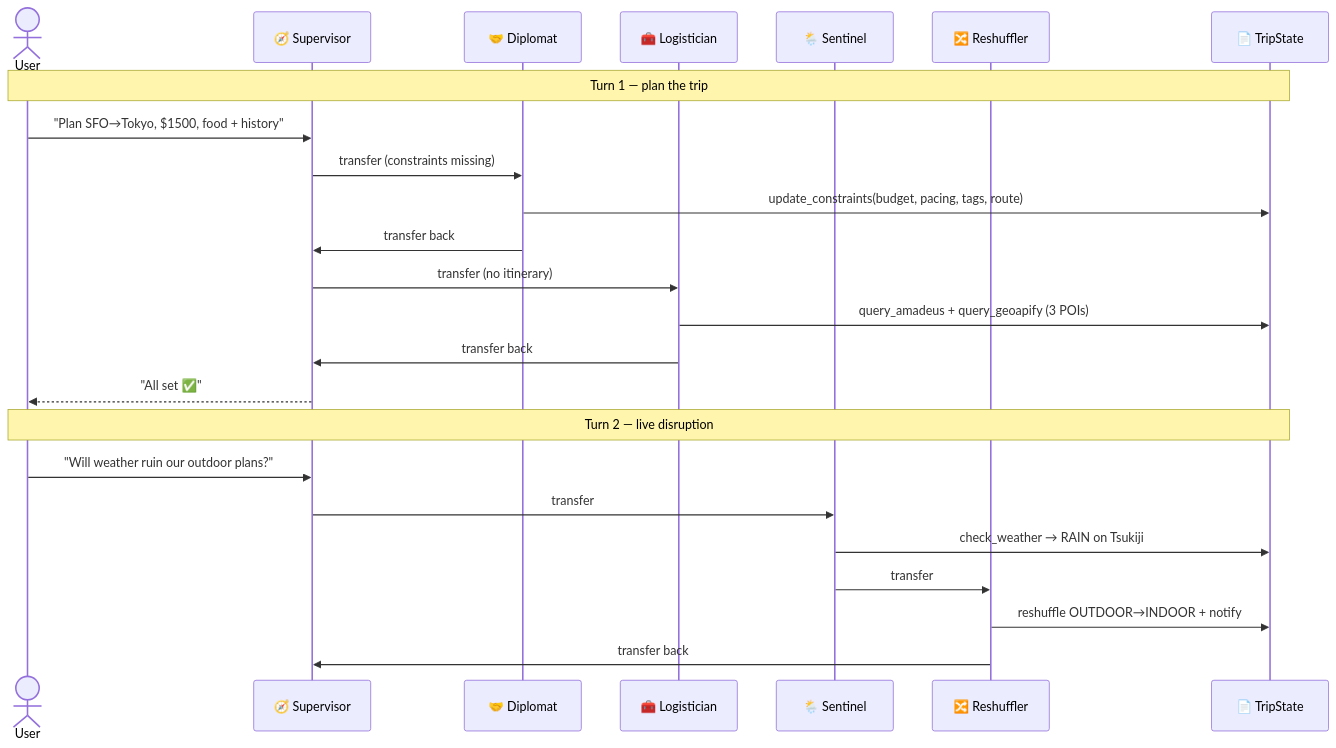
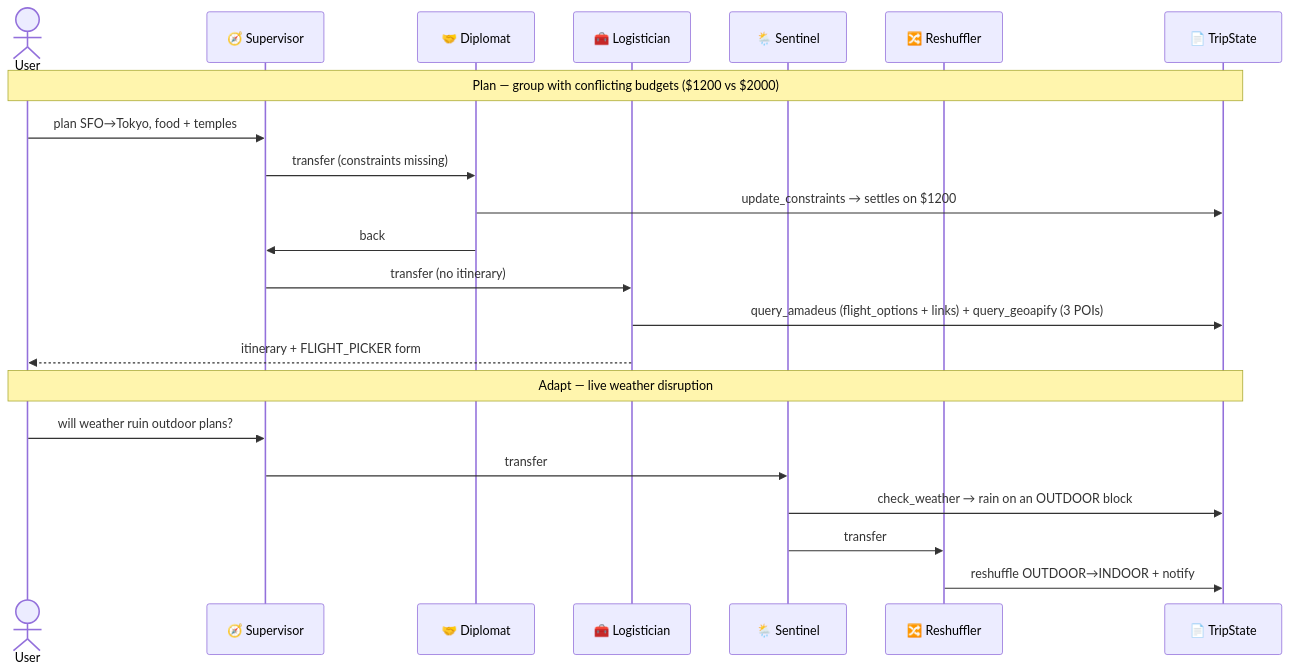
The second of 3 diagrams in STATUS.md (zhastdoit/MyTravelCompanion), drawn with Mermaid before and after one commit. The commit also changed other lines of this file and 2 other files, not shown here.

First line of the commit message:
Refresh docs to current state (SyncTrip backend, forms, chat, cost cap)

````diff
--- a/STATUS.md
+++ b/STATUS.md
@@ -65,28 +66,26 @@
 ```mermaid
 sequenceDiagram
   actor U as User
   participant S as 🧭 Supervisor
   participant D as 🤝 Diplomat
   participant L as 🧰 Logistician
   participant W as 🌦️ Sentinel
   participant R as 🔀 Reshuffler
   participant T as 📄 TripState
 
-  Note over U,T: Turn 1 — plan the trip
-  U->>S: "Plan SFO→Tokyo, $1500, food + history"
+  Note over U,T: Plan — group with conflicting budgets ($1200 vs $2000)
+  U->>S: plan SFO→Tokyo, food + temples
   S->>D: transfer (constraints missing)
-  D->>T: update_constraints(budget, pacing, tags, route)
-  D->>S: transfer back
+  D->>T: update_constraints → settles on $1200
+  D->>S: back
   S->>L: transfer (no itinerary)
-  L->>T: query_amadeus + query_geoapify (3 POIs)
-  L->>S: transfer back
-  S-->>U: "All set ✅"
+  L->>T: query_amadeus (flight_options + links) + query_geoapify (3 POIs)
+  L-->>U: itinerary + FLIGHT_PICKER form
 
-  Note over U,T: Turn 2 — live disruption
-  U->>S: "Will weather ruin our outdoor plans?"
+  Note over U,T: Adapt — live weather disruption
+  U->>S: will weather ruin outdoor plans?
   S->>W: transfer
-  W->>T: check_weather → RAIN on Tsukiji
+  W->>T: check_weather → rain on an OUTDOOR block
   W->>R: transfer
   R->>T: reshuffle OUTDOOR→INDOOR + notify
-  R->>S: transfer back
 ```
````
